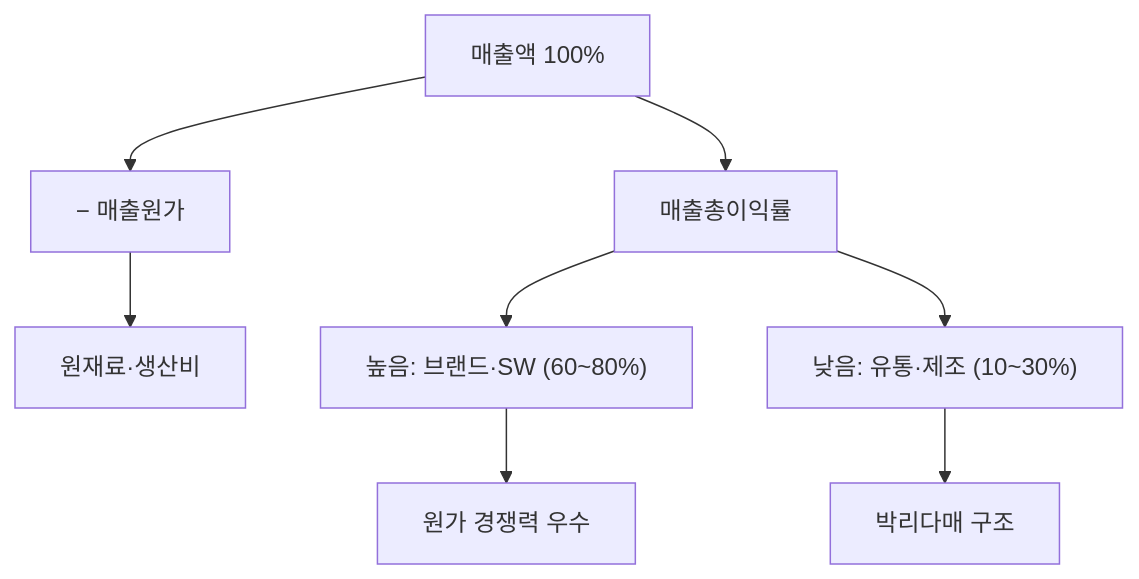
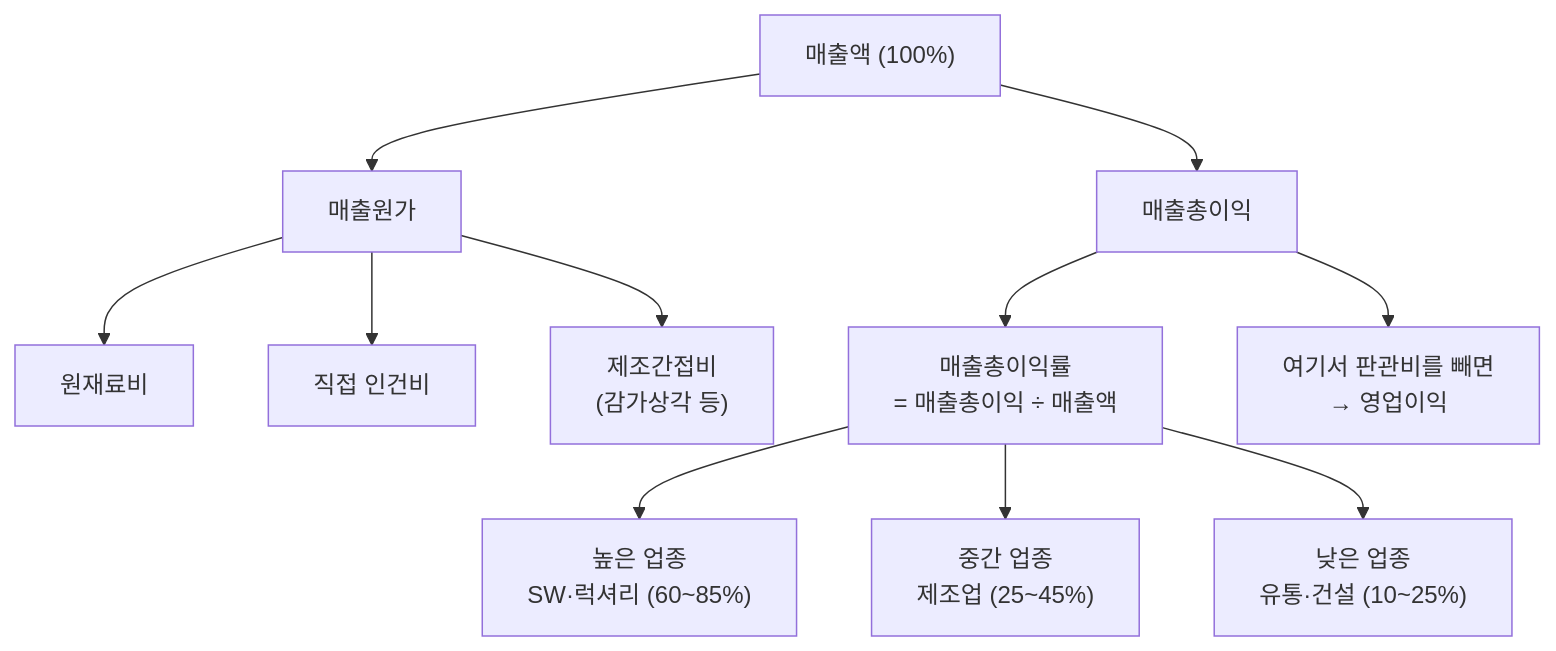
The diagram in content/stock-terms/ko/level-04-ratios/gross-margin.md (yeongseon/stock-visual-note), drawn with Mermaid before and after one commit. The commit also changed other lines of this file, not shown here.

Commit message:
content: rewrite gross-margin.md — richer Mermaid (12 nodes), industry benchmarks, product mix analysis, 4 misconceptions

````diff
--- a/content/stock-terms/ko/level-04-ratios/gross-margin.md
+++ b/content/stock-terms/ko/level-04-ratios/gross-margin.md
@@ -39,11 +51,18 @@
 ```mermaid
 graph TD
-    A["매출액 100%"]
-    A --> B["− 매출원가"]
-    A --> C["매출총이익률"]
-    B --> D["원재료·생산비"]
-    C --> E["높음: 브랜드·SW (60~80%)"]
-    C --> F["낮음: 유통·제조 (10~30%)"]
-    E --> G["원가 경쟁력 우수"]
-    F --> H["박리다매 구조"]
+    A["매출액 (100%)"]
+    A --> B["매출원가"]
+    A --> C["매출총이익"]
+
+    B --> D["원재료비"]
+    B --> E["직접 인건비"]
+    B --> F["제조간접비<br>(감가상각 등)"]
+
+    C --> G["매출총이익률<br>= 매출총이익 ÷ 매출액"]
+
+    G --> H["높은 업종<br>SW·럭셔리 (60~85%)"]
+    G --> I["중간 업종<br>제조업 (25~45%)"]
+    G --> J["낮은 업종<br>유통·건설 (10~25%)"]
+
+    C --> K["여기서 판관비를 빼면<br>→ 영업이익"]
 ```
````
